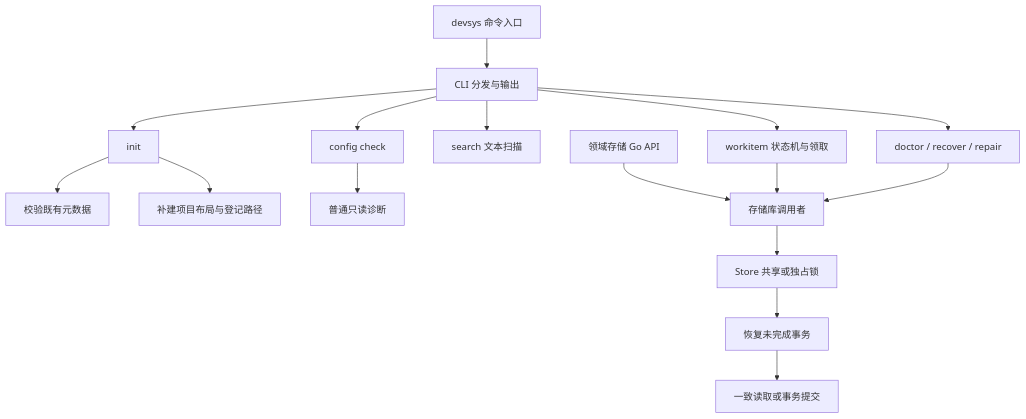
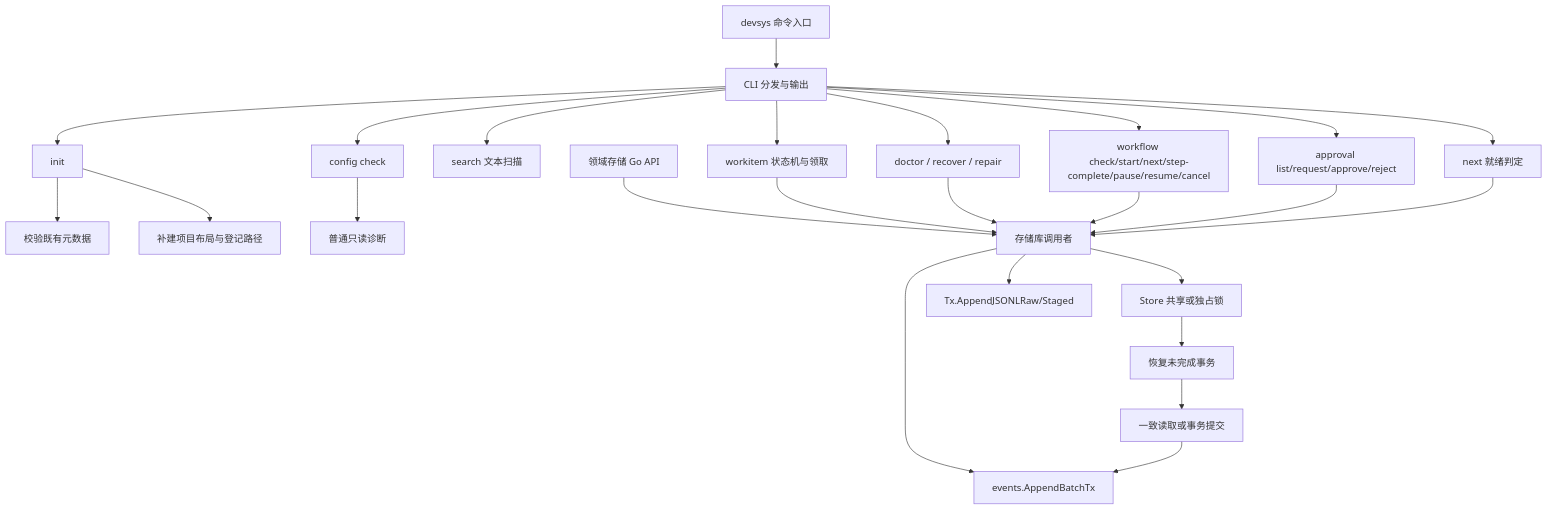
One commit to JAYY513/Workloom changed the diagram in docs/repowiki/content/项目总览.md. Above: the diagram before and after it, drawn with Mermaid. The commit also changed other lines of this file and 22 other files, not shown here.

````diff
--- a/docs/repowiki/content/项目总览.md
+++ b/docs/repowiki/content/项目总览.md
@@ -84,18 +129,27 @@
 ```mermaid
 flowchart TD
     A[devsys 命令入口] --> B[CLI 分发与输出]
     B --> C[init]
     B --> D[config check]
     B --> S[search 文本扫描]
     B --> W[workitem 状态机与领取]
     B --> R[doctor / recover / repair]
+    B --> WF[workflow check/start/next/step-complete/pause/resume/cancel]
+    B --> AP[approval list/request/approve/reject]
+    B --> N[next 就绪判定]
     C --> E[校验既有元数据]
     C --> F[补建项目布局与登记路径]
     D --> G[普通只读诊断]
     H[存储库调用者] --> I[Store 共享或独占锁]
     L[领域存储 Go API] --> H
     W --> H
     R --> H
+    WF --> H
+    AP --> H
+    N --> H
     I --> J[恢复未完成事务]
     J --> K[一致读取或事务提交]
+    H --> M[Tx.AppendJSONLRaw/Staged]
+    H --> T[events.AppendBatchTx]
+    K --> T
 ```
````
